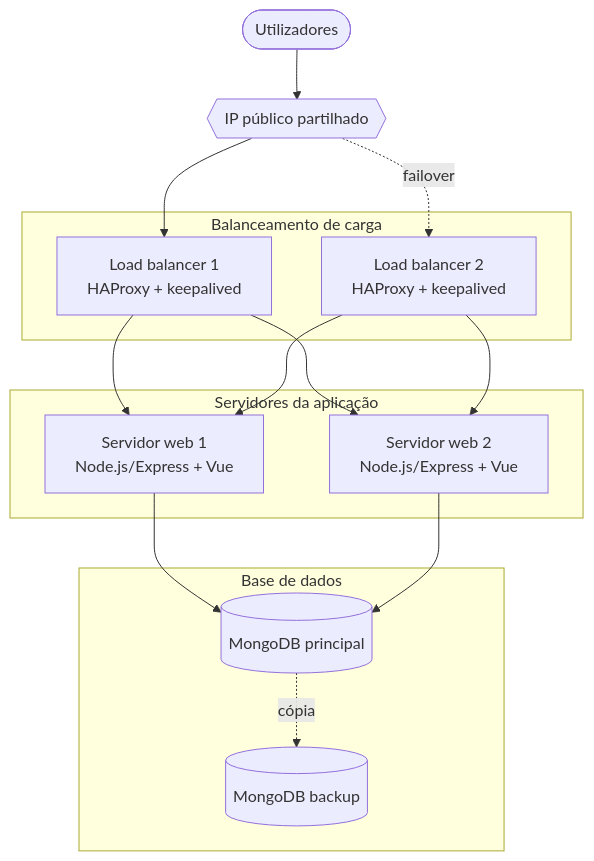
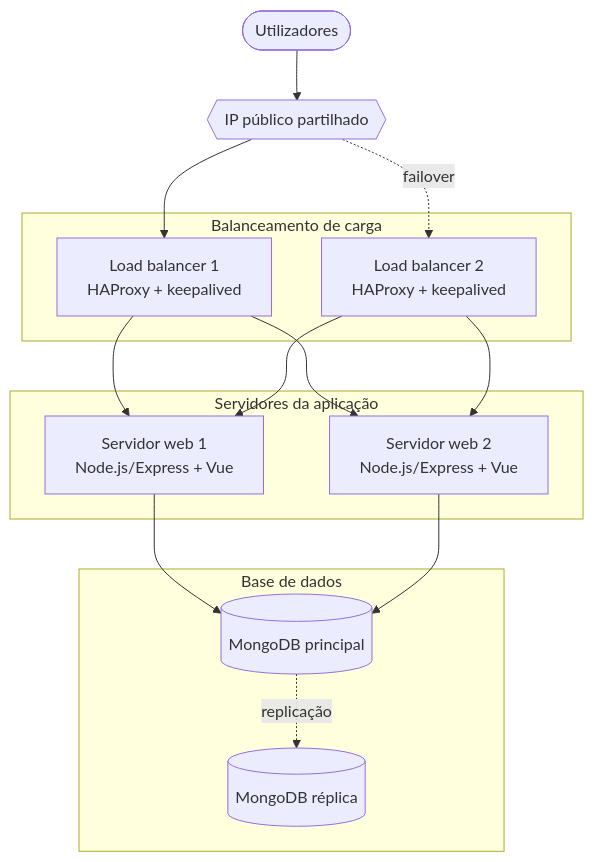
The diagram in loja-equipamentos-usados-web/README.md (goncaloPereira08/portfolio), drawn with Mermaid before and after one commit. The commit also changed other lines of this file, not shown here.

Commit message:
Loja: réplica da base de dados e contribuição na infraestrutura

````diff
--- a/loja-equipamentos-usados-web/README.md
+++ b/loja-equipamentos-usados-web/README.md
@@ -24,23 +24,23 @@
 ```mermaid
 flowchart TB
     U([Utilizadores]) --> VIP{{IP público partilhado}}
     subgraph LB[Balanceamento de carga]
         LB1[Load balancer 1<br/>HAProxy + keepalived]
         LB2[Load balancer 2<br/>HAProxy + keepalived]
     end
     VIP --> LB1
     VIP -. failover .-> LB2
     subgraph APP[Servidores da aplicação]
         W1[Servidor web 1<br/>Node.js/Express + Vue]
         W2[Servidor web 2<br/>Node.js/Express + Vue]
     end
     LB1 --> W1 & W2
     LB2 --> W1 & W2
     subgraph DB[Base de dados]
         DB1[(MongoDB principal)]
-        DB2[(MongoDB backup)]
+        DB2[(MongoDB réplica)]
     end
     W1 --> DB1
     W2 --> DB1
-    DB1 -. cópia .-> DB2
+    DB1 -. replicação .-> DB2
 ```
````
